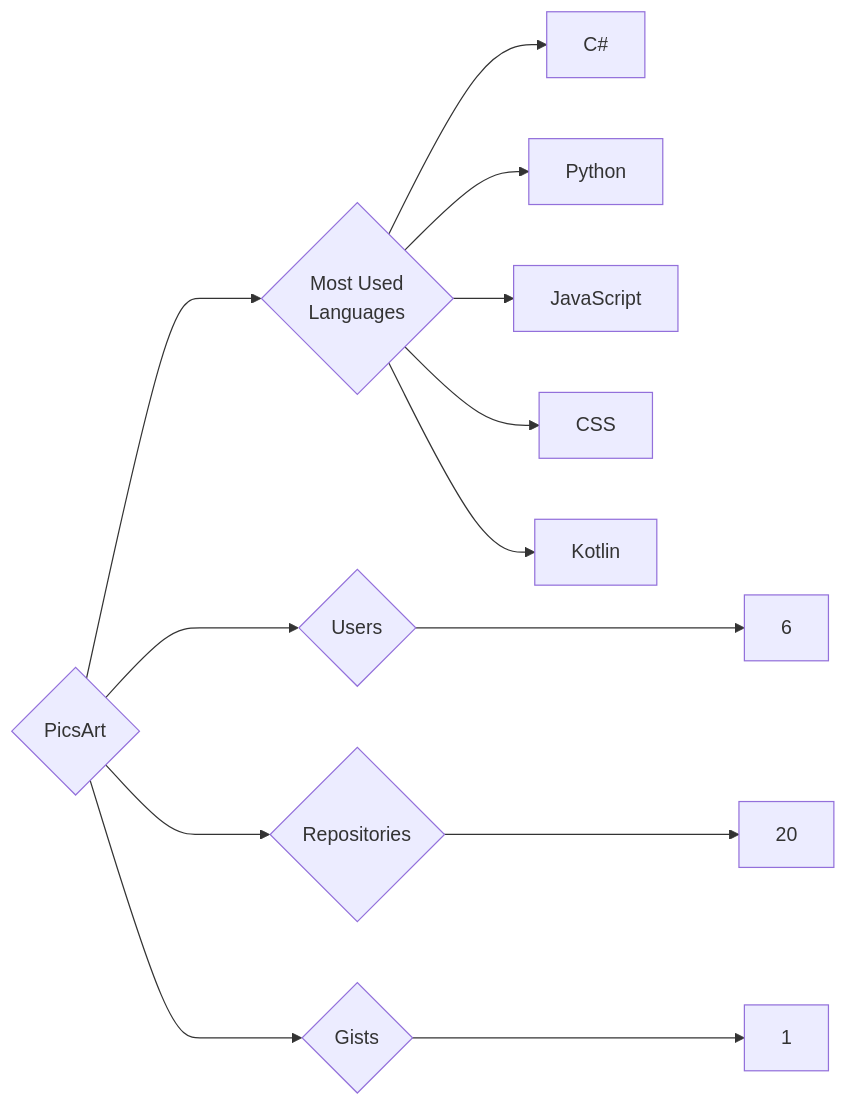
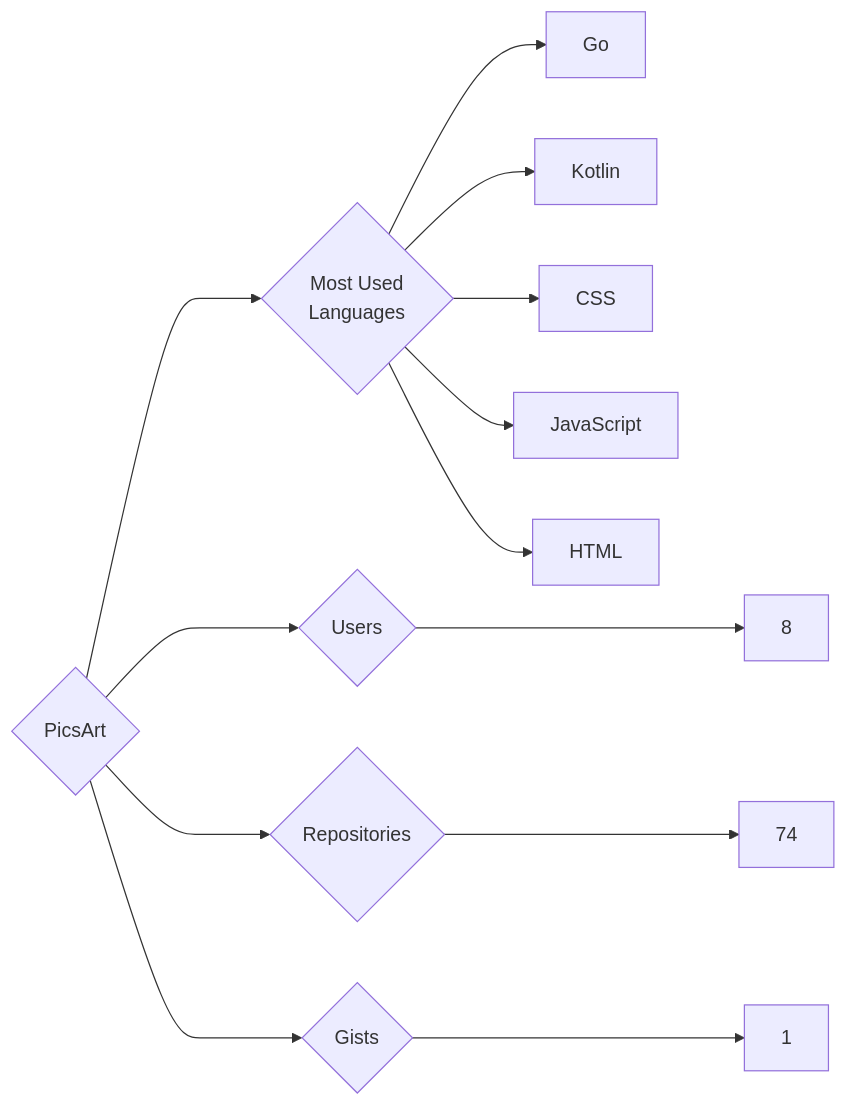
One commit to trickest/insiders changed the diagram in targets/PicsArt/README.md. Above: the diagram before and after it, drawn with Mermaid. The commit also changed 1496 other files, not shown here.

````diff
--- a/targets/PicsArt/README.md
+++ b/targets/PicsArt/README.md
@@ -3,13 +3,13 @@
 ```mermaid
 graph LR
 COMPANY_NAME{PicsArt}
-COMPANY_NAME ---> U{Users} ---> UN[6]
-COMPANY_NAME ---> R{Repositories} ---> RN[20]
+COMPANY_NAME ---> U{Users} ---> UN[8]
+COMPANY_NAME ---> R{Repositories} ---> RN[74]
 COMPANY_NAME ---> G{Gists} ---> GN[1]
 COMPANY_NAME ---> ML{Most Used<br>Languages}
-ML --> C#[C#]
-ML --> Python[Python]
+ML --> Go[Go]
+ML --> Kotlin[Kotlin]
+ML --> CSS[CSS]
 ML --> JavaScript[JavaScript]
-ML --> CSS[CSS]
-ML --> Kotlin[Kotlin]
+ML --> HTML[HTML]
 ```
````
